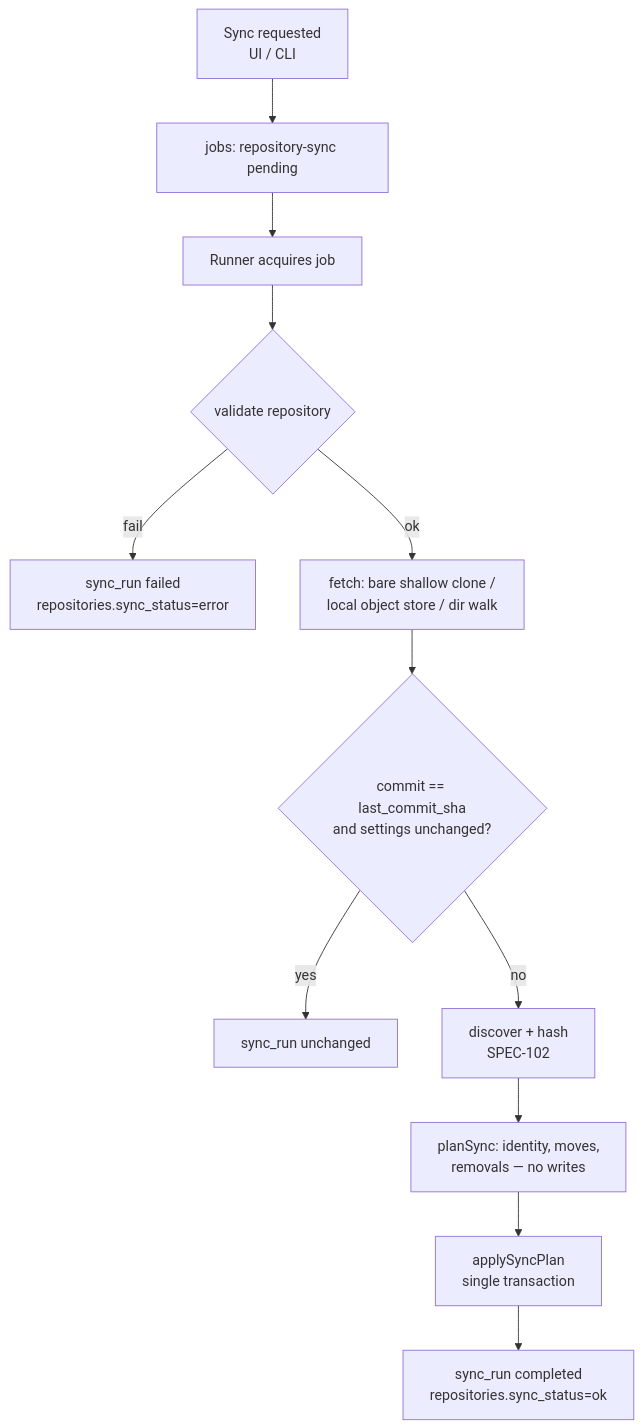
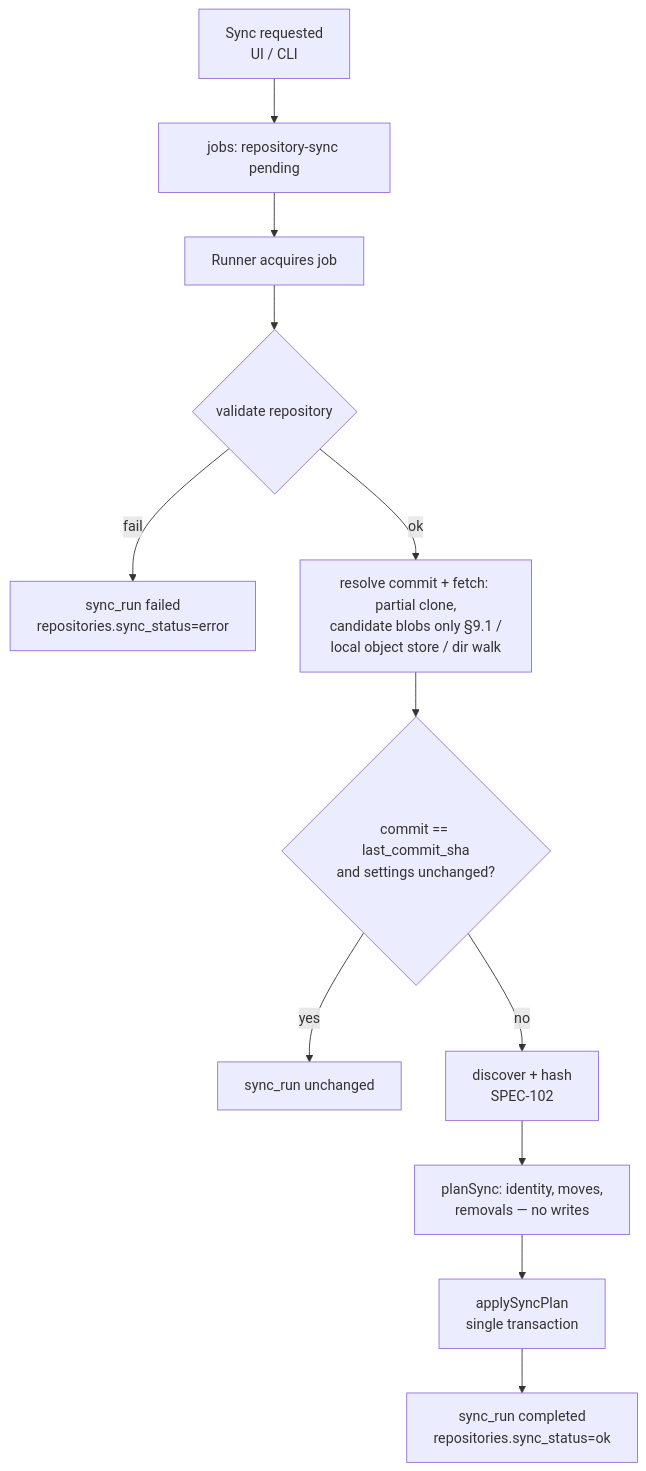
Before and after one commit to MetaX5/DirectiveBench: the diagram in .ai/specs/2026-10-14-repository-synchronization.md, drawn with Mermaid. The commit also changed other lines of this file and 6 other files, not shown here.

First line of the commit message:
docs(specs): fetch only candidate paths in SPEC-105

````diff
--- a/.ai/specs/2026-10-14-repository-synchronization.md
+++ b/.ai/specs/2026-10-14-repository-synchronization.md
@@ -135,14 +135,14 @@
 ```mermaid
 flowchart TD
   T[Sync requested<br/>UI / CLI] --> J[jobs: repository-sync pending]
   J --> R[Runner acquires job]
   R --> V{validate repository}
   V -- fail --> F[sync_run failed<br/>repositories.sync_status=error]
-  V -- ok --> FE[fetch: bare shallow clone /<br/>local object store / dir walk]
+  V -- ok --> FE[resolve commit + fetch: partial clone,<br/>candidate blobs only §9.1 /<br/>local object store / dir walk]
   FE --> C{commit == last_commit_sha<br/>and settings unchanged?}
   C -- yes --> U[sync_run unchanged]
   C -- no --> D[discover + hash<br/>SPEC-102]
   D --> P[planSync: identity, moves,<br/>removals — no writes]
   P --> A[applySyncPlan<br/>single transaction]
   A --> OK[sync_run completed<br/>repositories.sync_status=ok]
 ```
````
